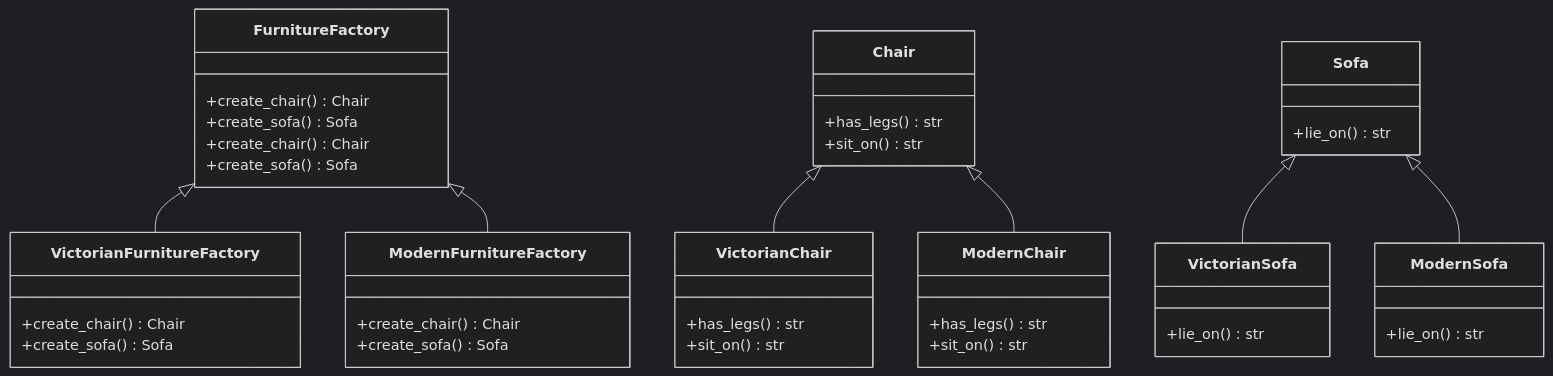
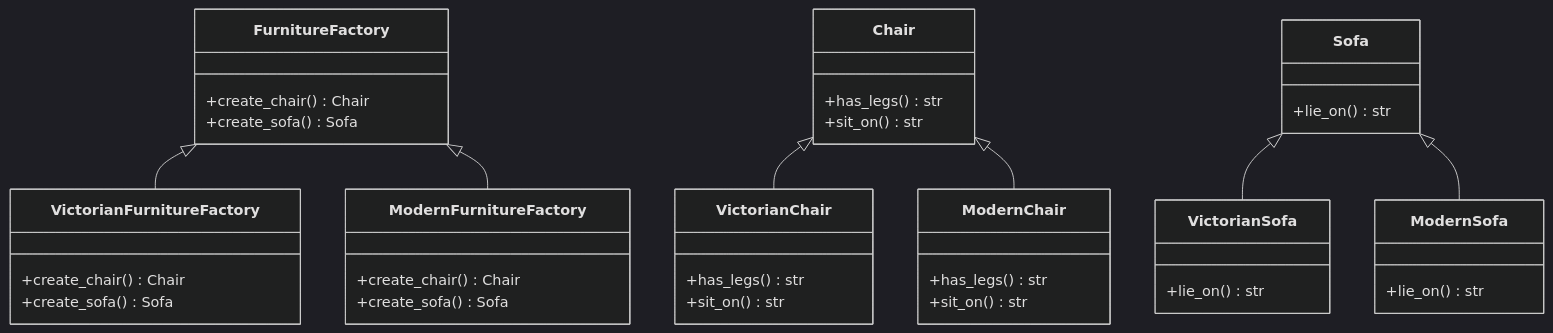
The diagram in AbstractFactory/ReadMe.md (sripaladugu/DesignPatterns), drawn with Mermaid (dark theme) before and after one commit. The commit also changed 5 other files, not shown here.

````diff
--- a/AbstractFactory/ReadMe.md
+++ b/AbstractFactory/ReadMe.md
@@ -128,57 +128,54 @@
 ```mermaid
 classDiagram
     FurnitureFactory <|-- VictorianFurnitureFactory
     FurnitureFactory <|-- ModernFurnitureFactory
-
-    FurnitureFactory : +create_chair() Chair
-    FurnitureFactory : +create_sofa() Sofa
 
     Chair <|-- VictorianChair
     Chair <|-- ModernChair
 
     Sofa <|-- VictorianSofa
     Sofa <|-- ModernSofa
 
     class FurnitureFactory {
         +create_chair() Chair
         +create_sofa() Sofa
     }
 
     class VictorianFurnitureFactory {
         +create_chair() Chair
         +create_sofa() Sofa
     }
 
     class ModernFurnitureFactory {
         +create_chair() Chair
         +create_sofa() Sofa
     }
 
     class Chair {
         +has_legs() str
         +sit_on() str
     }
 
     class VictorianChair {
         +has_legs() str
         +sit_on() str
     }
 
     class ModernChair {
         +has_legs() str
         +sit_on() str
     }
 
     class Sofa {
         +lie_on() str
     }
 
     class VictorianSofa {
         +lie_on() str
     }
 
     class ModernSofa {
         +lie_on() str
     }
 
 ```
````
